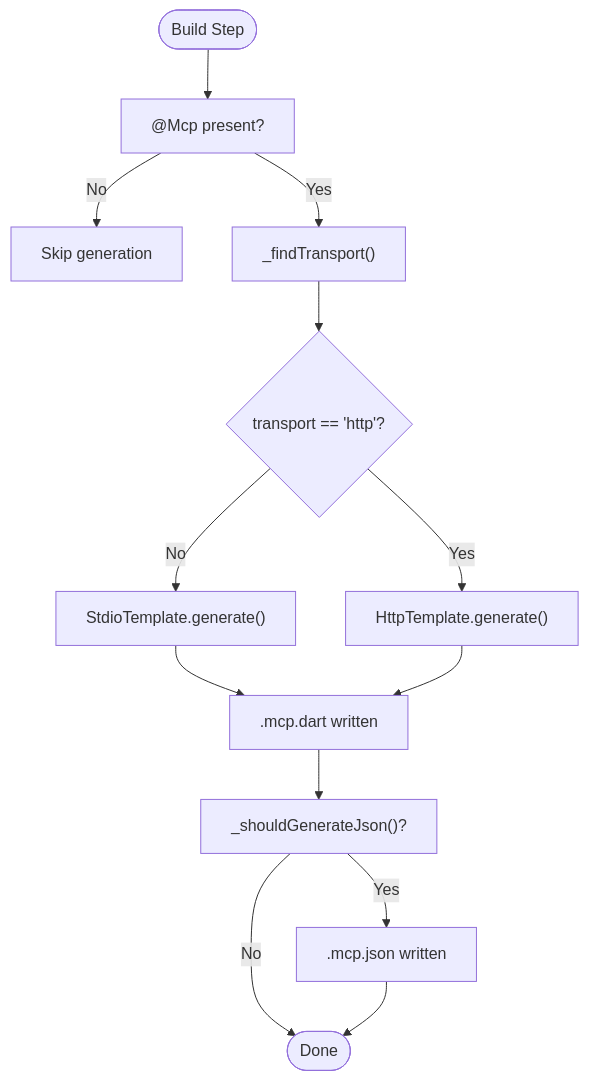
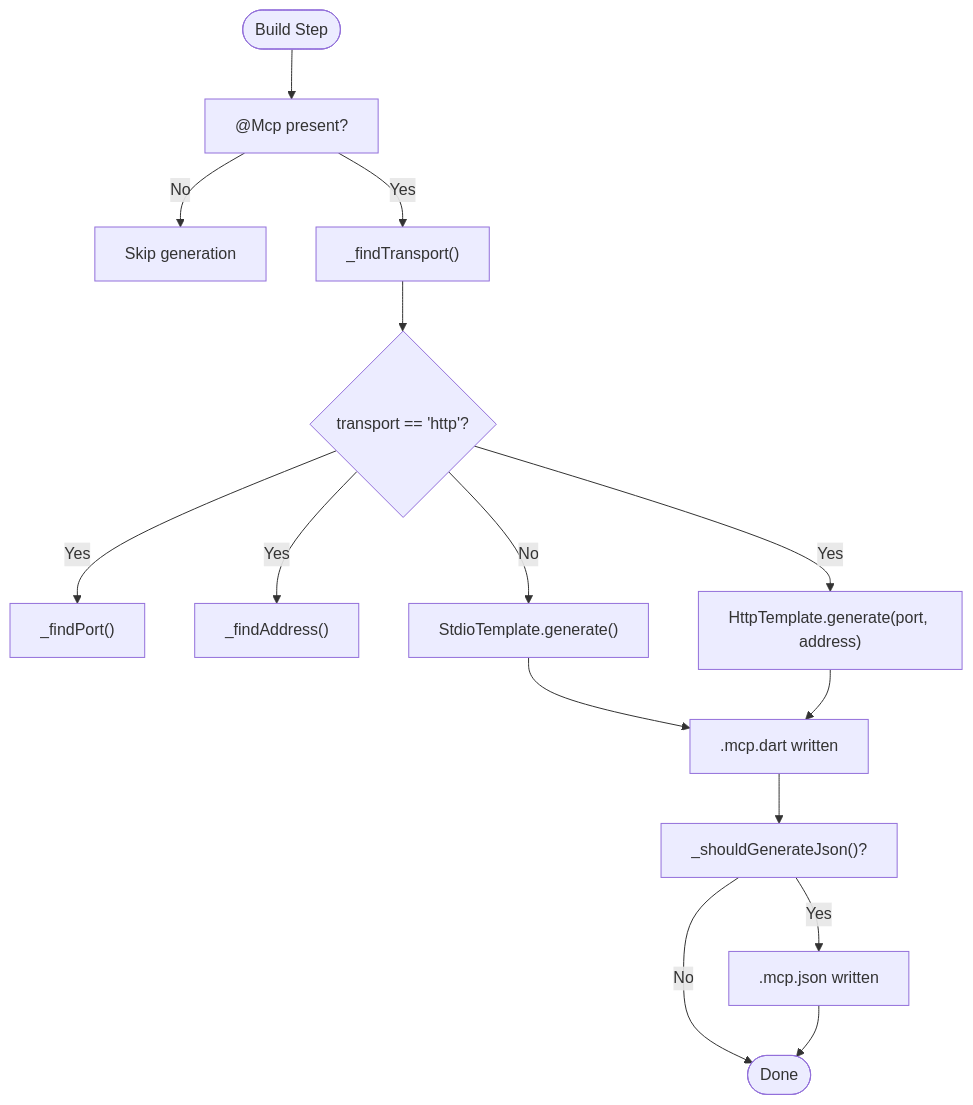
One commit to cdavis-code/easy_mcp_workspace changed the third of 4 diagrams in .qoder/repowiki/en/content/Annotations Reference/@Mcp Annotation.md. Above: the diagram before and after it, drawn with Mermaid. The commit also changed other lines of this file and 14 other files, not shown here.

````diff
--- a/.qoder/repowiki/en/content/Annotations Reference/@Mcp Annotation.md
+++ b/.qoder/repowiki/en/content/Annotations Reference/@Mcp Annotation.md
@@ -177,15 +195,17 @@
 ```mermaid
 flowchart TD
 Start(["Build Step"]) --> CheckMcp["@Mcp present?"]
 CheckMcp --> |No| Exit["Skip generation"]
 CheckMcp --> |Yes| FindTransport["_findTransport()"]
 FindTransport --> IsHttp{"transport == 'http'?"}
-IsHttp --> |Yes| UseHttp["HttpTemplate.generate()"]
+IsHttp --> |Yes| FindPort["_findPort()"]
+IsHttp --> |Yes| FindAddress["_findAddress()"]
+IsHttp --> |Yes| UseHttp["HttpTemplate.generate(port, address)"]
 IsHttp --> |No| UseStdio["StdioTemplate.generate()"]
 UseStdio --> WriteDart[".mcp.dart written"]
 UseHttp --> WriteDart
 WriteDart --> MaybeJson["_shouldGenerateJson()?"]
 MaybeJson --> |Yes| WriteJson[".mcp.json written"]
 MaybeJson --> |No| Done(["Done"])
 WriteJson --> Done
 ```
````
